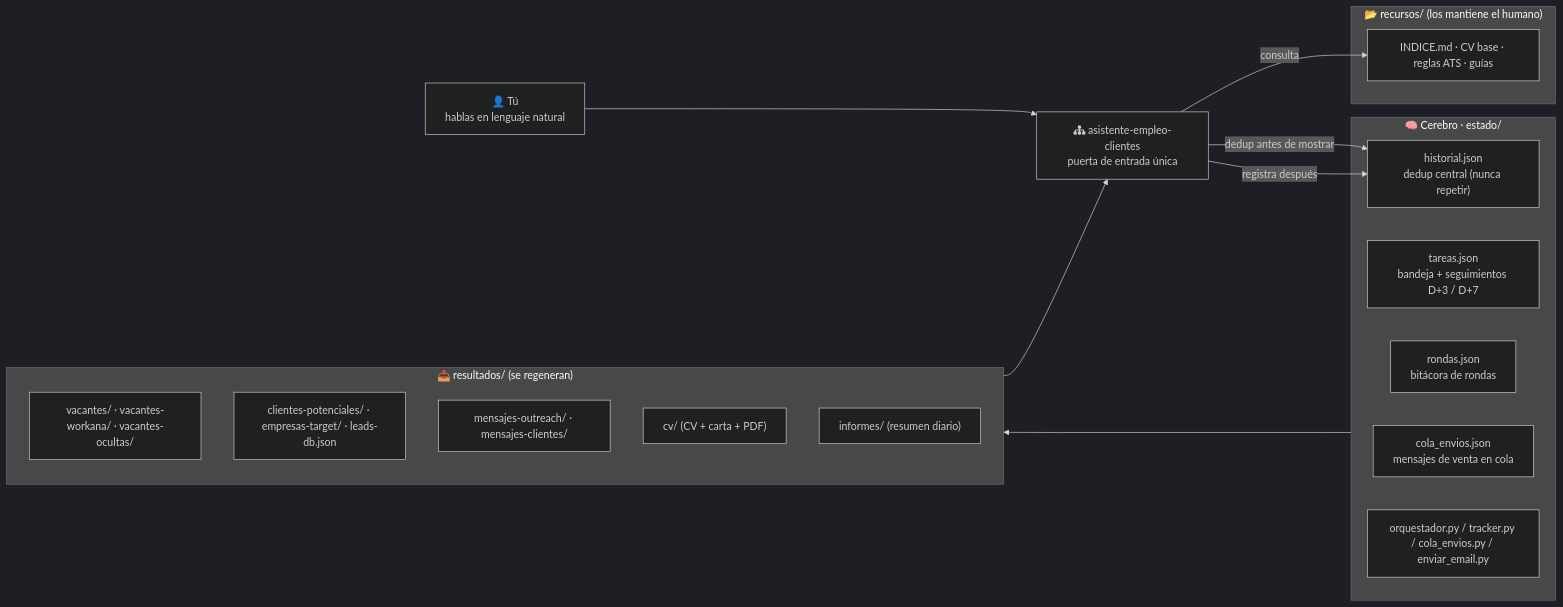
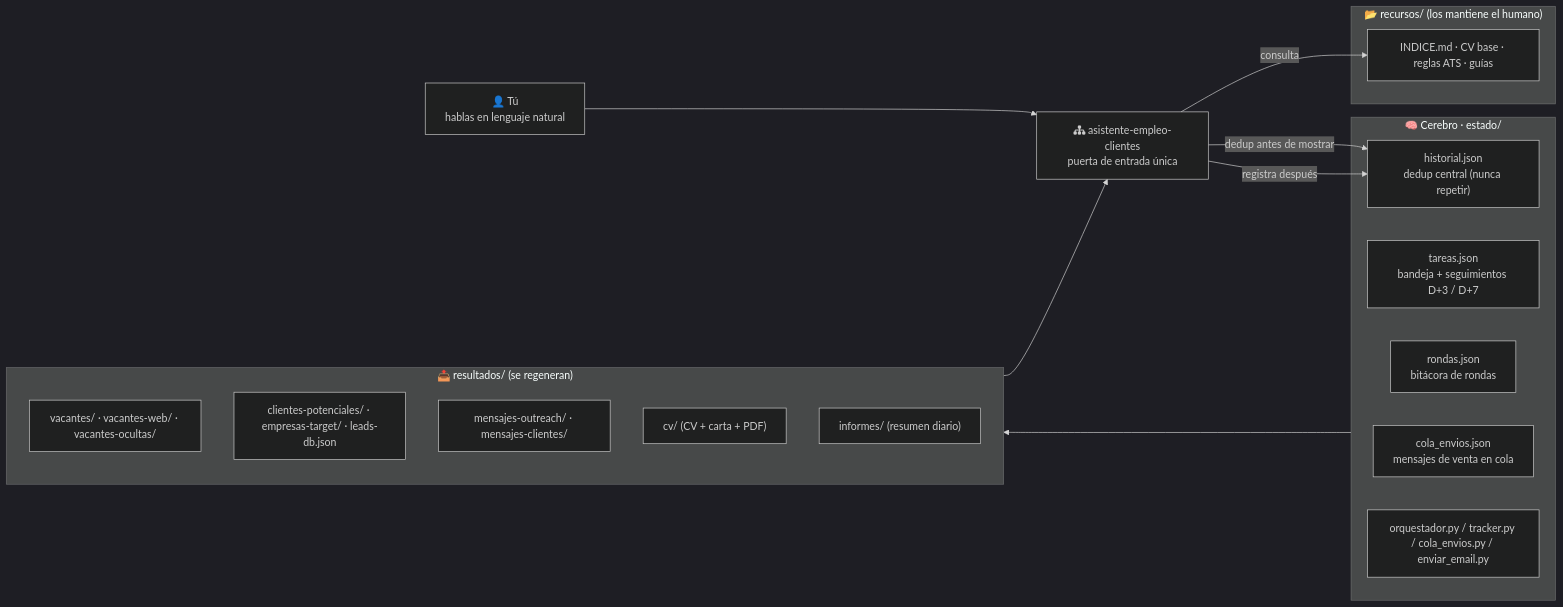
Before and after one commit to IDUCDEV/IDUCDEV-Asistente-Busqueda-Empleo-Clientes: the first of 8 diagrams in docs/DIAGRAMAS.md, drawn with Mermaid (dark theme). The commit also changed other lines of this file and 28 other files, not shown here.

````diff
--- a/docs/DIAGRAMAS.md
+++ b/docs/DIAGRAMAS.md
@@ -11,33 +11,33 @@
 ```mermaid
 flowchart LR
     USUARIO["👤 Tú <br/>hablas en lenguaje natural"]
 
     PUERTA[fa:fa-sitemap asistente-empleo-clientes<br/>puerta de entrada única]
 
     subgraph CEREBRO["🧠 Cerebro · estado/"]
         HISTORIAL["historial.json<br/>dedup central (nunca repetir)"]
         TAREAS["tareas.json<br/>bandeja + seguimientos D+3 / D+7"]
         RONDAS["rondas.json<br/>bitácora de rondas"]
         COLA["cola_envios.json<br/>mensajes de venta en cola"]
         ORQ[orquestador.py / tracker.py / cola_envios.py / enviar_email.py]
     end
 
     subgraph RECURSOS["📂 recursos/ (los mantiene el humano)"]
         INDICE["INDICE.md · CV base · reglas ATS · guías"]
     end
 
     subgraph RESULTADOS["📤 resultados/ (se regeneran)"]
-        VACANTES["vacantes/ · vacantes-workana/ · vacantes-ocultas/"]
+        VACANTES["vacantes/ · vacantes-web/ · vacantes-ocultas/"]
         CLIENTES["clientes-potenciales/ · empresas-target/ · leads-db.json"]
         MSG["mensajes-outreach/ · mensajes-clientes/"]
         CV["cv/ (CV + carta + PDF)"]
         INF["informes/ (resumen diario)"]
     end
 
     USUARIO --> PUERTA
     PUERTA -->|consulta| INDICE
     PUERTA -->|dedup antes de mostrar| HISTORIAL
     PUERTA -->|registra después| HISTORIAL
     CEREBRO --> RESULTADOS
     RESULTADOS --> PUERTA
 ```
````
